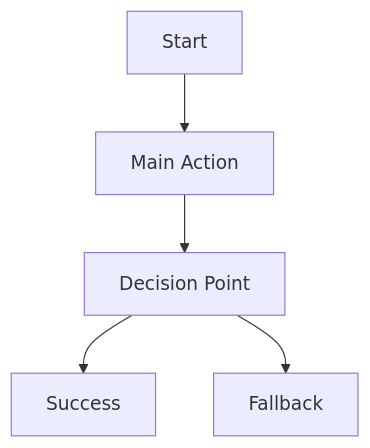
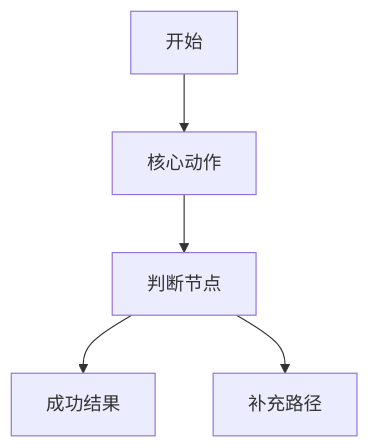
The second of 4 diagrams in 01_Master_Documents/Product_Architecture.md (husinglemon-art/TMS_Shipper), drawn with Mermaid before and after one commit. The commit also changed other lines of this file and 10 other files, not shown here.

````diff
--- a/01_Master_Documents/Product_Architecture.md
+++ b/01_Master_Documents/Product_Architecture.md
@@ -41,7 +41,7 @@
 ```mermaid
 flowchart TD
-    A[Start] --> B[Main Action]
-    B --> C[Decision Point]
-    C --> D[Success]
-    C --> E[Fallback]
+    A[开始] --> B[核心动作]
+    B --> C[判断节点]
+    C --> D[成功结果]
+    C --> E[补充路径]
 ```
````
